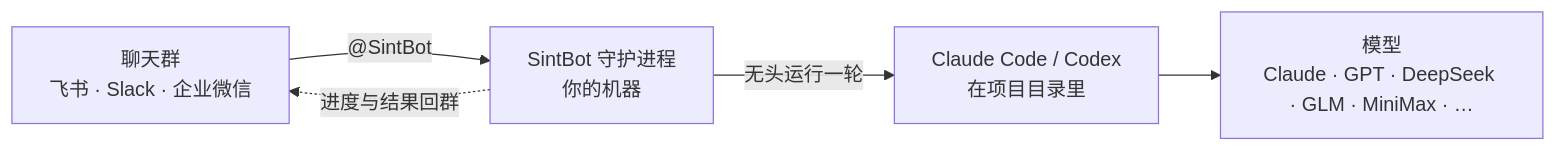
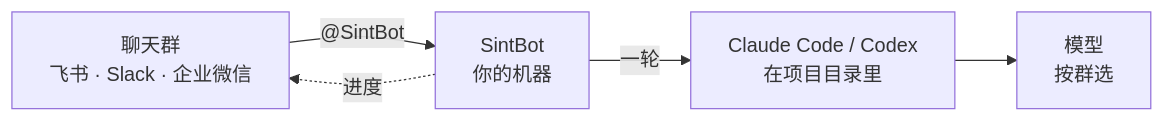
The diagram in README.zh-CN.md (WaterTian/sintbot), drawn with Mermaid before and after one commit. The commit also changed 1 other file, not shown here.

Commit message:
docs: narrower README diagram so labels are not clipped

````diff
--- a/README.zh-CN.md
+++ b/README.zh-CN.md
@@ -29,7 +29,7 @@
 ```mermaid
 flowchart LR
-  G["聊天群<br/>飞书 · Slack · 企业微信"] -- "@SintBot" --> D["SintBot 守护进程<br/>你的机器"]
-  D -- "无头运行一轮" --> R["Claude Code / Codex<br/>在项目目录里"]
-  R --> M["模型<br/>Claude · GPT · DeepSeek · GLM · MiniMax · …"]
-  D -. "进度与结果回群" .-> G
+  G["聊天群<br/>飞书 · Slack · 企业微信"] -- "@SintBot" --> D["SintBot<br/>你的机器"]
+  D -- "一轮" --> R["Claude Code / Codex<br/>在项目目录里"]
+  R --> M["模型<br/>按群选"]
+  D -. "进度" .-> G
 ```
````
